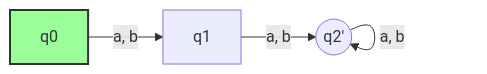
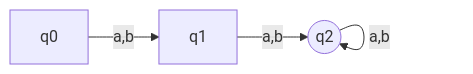
Before and after one commit to choisimo/document: the third of 3 diagrams in content/docs/compiler/lexical/dfa.md, drawn with Mermaid. The commit also changed other lines of this file and 432 other files, not shown here.

````diff
--- a/content/docs/compiler/lexical/dfa.md
+++ b/content/docs/compiler/lexical/dfa.md
@@ -169,9 +90,6 @@
 ```mermaid
-graph LR
-    direction LR
-    q0 -- "a, b" --> q1
-    q1 -- "a, b" --> q2_merged((q2'))
-    q2_merged -- "a, b" --> q2_merged
-
-    style q0 fill:#9f9,stroke:#333,stroke-width:2px
+flowchart LR
+    q0[q0] -- "a,b" --> q1[q1]
+    q1 -- "a,b" --> q2((q2))
+    q2 -- "a,b" --> q2
 ```
````
